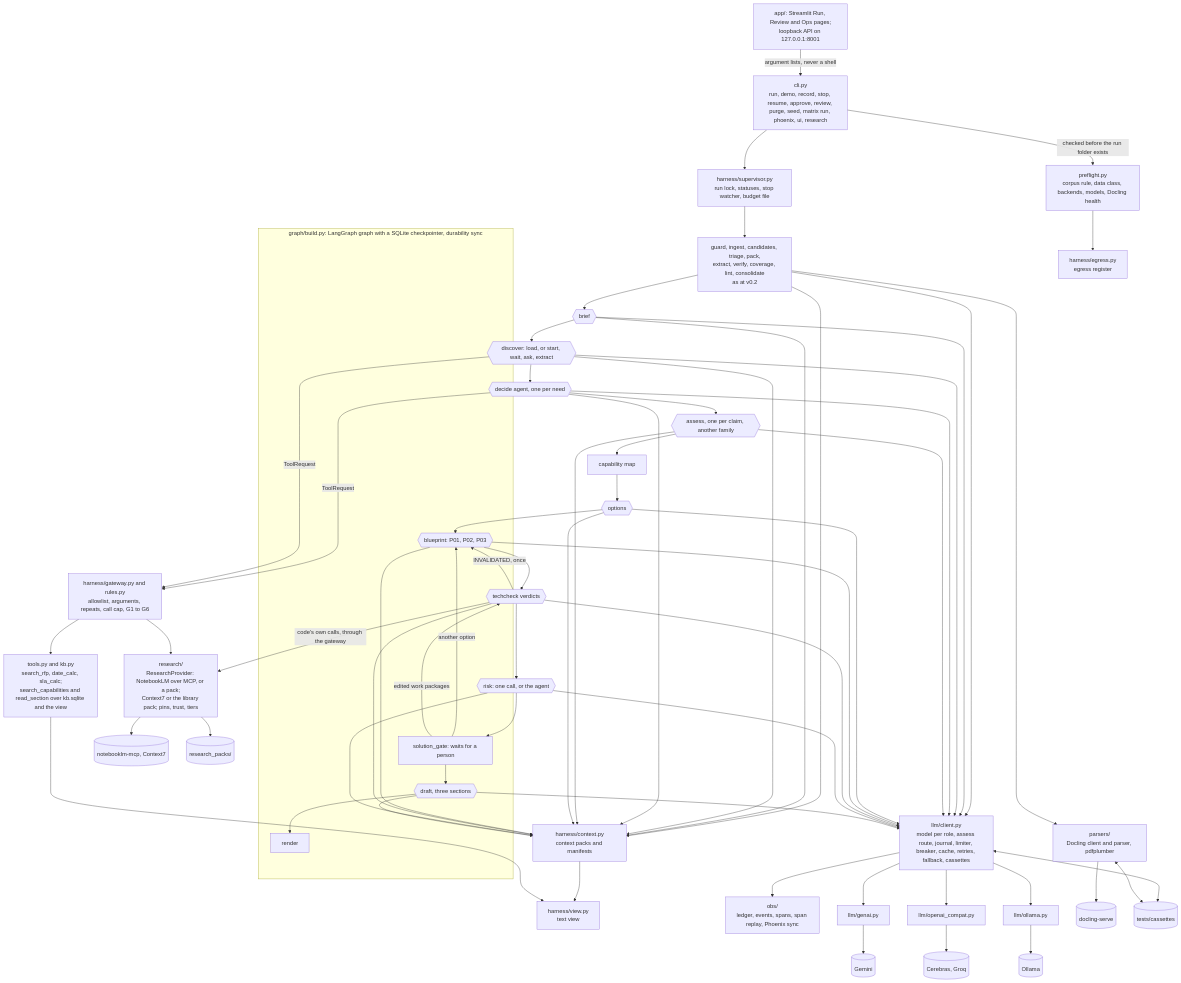
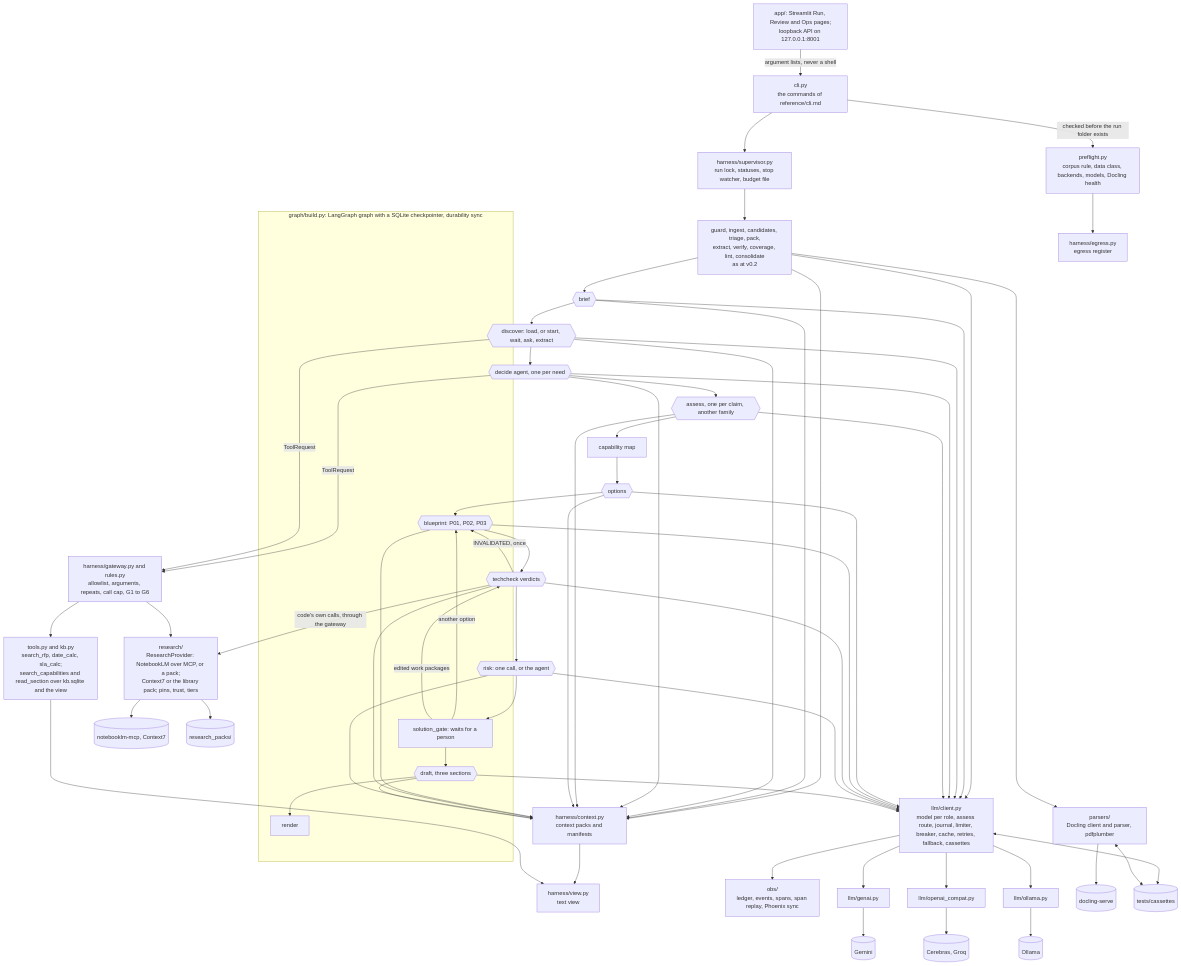
The second of 3 diagrams in docs/architecture.md (chouaibhoues-code/bidwright-rfp-agent), drawn with Mermaid before and after one commit. The commit also changed other lines of this file and 3 other files, not shown here.

First line of the commit message:
Iteration 3, step 22: the second architecture review, Stage 5

````diff
--- a/docs/architecture.md
+++ b/docs/architecture.md
@@ -183,62 +191,62 @@
 ```mermaid
 flowchart TB
     ui["app/: Streamlit Run, Review and Ops pages;<br/>loopback API on 127.0.0.1:8001"]
-    cli["cli.py<br/>run, demo, record, stop, resume, approve, review, purge, seed, matrix run, phoenix, ui, research"]
+    cli["cli.py<br/>the commands of reference/cli.md"]
     pre["preflight.py<br/>corpus rule, data class, backends, models, Docling health"]
     sup["harness/supervisor.py<br/>run lock, statuses, stop watcher, budget file"]
     subgraph lg["graph/build.py: LangGraph graph with a SQLite checkpointer, durability sync"]
         req["guard, ingest, candidates, triage, pack,<br/>extract, verify, coverage, lint, consolidate<br/>as at v0.2"]
         brief{{"brief"}}
         disc{{"discover: load, or start, wait, ask, extract"}}
         decide{{"decide agent, one per need"}}
         assess{{"assess, one per claim, another family"}}
         cmap["capability map"]
         options{{"options"}}
         blueprint{{"blueprint: P01, P02, P03"}}
         techcheck{{"techcheck verdicts"}}
         risk{{"risk: one call, or the agent"}}
         gate["solution_gate: waits for a person"]
         draft{{"draft, three sections"}}
         render["render"]
     end
     view["harness/view.py<br/>text view"]
     ctxm["harness/context.py<br/>context packs and manifests"]
     client["llm/client.py<br/>model per role, assess route, journal, limiter, breaker, cache, retries, fallback, cassettes"]
     gateway["harness/gateway.py and rules.py<br/>allowlist, arguments, repeats, call cap, G1 to G6"]
     tools["tools.py and kb.py<br/>search_rfp, date_calc, sla_calc;<br/>search_capabilities and read_section over kb.sqlite and the view"]
     prov["research/<br/>ResearchProvider: NotebookLM over MCP, or a pack;<br/>Context7 or the library pack; pins, trust, tiers"]
     egress["harness/egress.py<br/>egress register"]
     parsers["parsers/<br/>Docling client and parser, pdfplumber"]
     obs["obs/<br/>ledger, events, spans, span replay, Phoenix sync"]
     genai["llm/genai.py"] --> gem[("Gemini")]
     oc["llm/openai_compat.py"] --> cg[("Cerebras, Groq")]
     oll["llm/ollama.py"] --> ol[("Ollama")]
     dcs[("docling-serve")]
     mcp[("notebooklm-mcp, Context7")]
     rp[("research_packs/")]
     cass[("tests/cassettes")]
 
     ui -- "argument lists, never a shell" --> cli
     cli -- "checked before the run folder exists" --> pre
     cli --> sup --> lg
     pre --> egress
     req --> brief --> disc --> decide --> assess --> cmap --> options --> blueprint --> techcheck --> risk --> gate --> draft --> render
     techcheck -- "INVALIDATED, once" --> blueprint
     gate -- "another option" --> blueprint
     gate -- "edited work packages" --> techcheck
     req --> parsers --> dcs
     req & brief & disc & decide & assess & options & blueprint & techcheck & risk & draft --> ctxm
     ctxm --> view
     req & brief & disc & decide & assess & options & blueprint & techcheck & risk & draft --> client
     decide -- "ToolRequest" --> gateway --> tools --> view
     disc -- "ToolRequest" --> gateway --> prov
     techcheck -- "code's own calls, through the gateway" --> prov
     prov --> mcp
     prov --> rp
     client --> obs
     client --> genai
     client --> oc
     client --> oll
     client <--> cass
     parsers <--> cass
 ```
````
